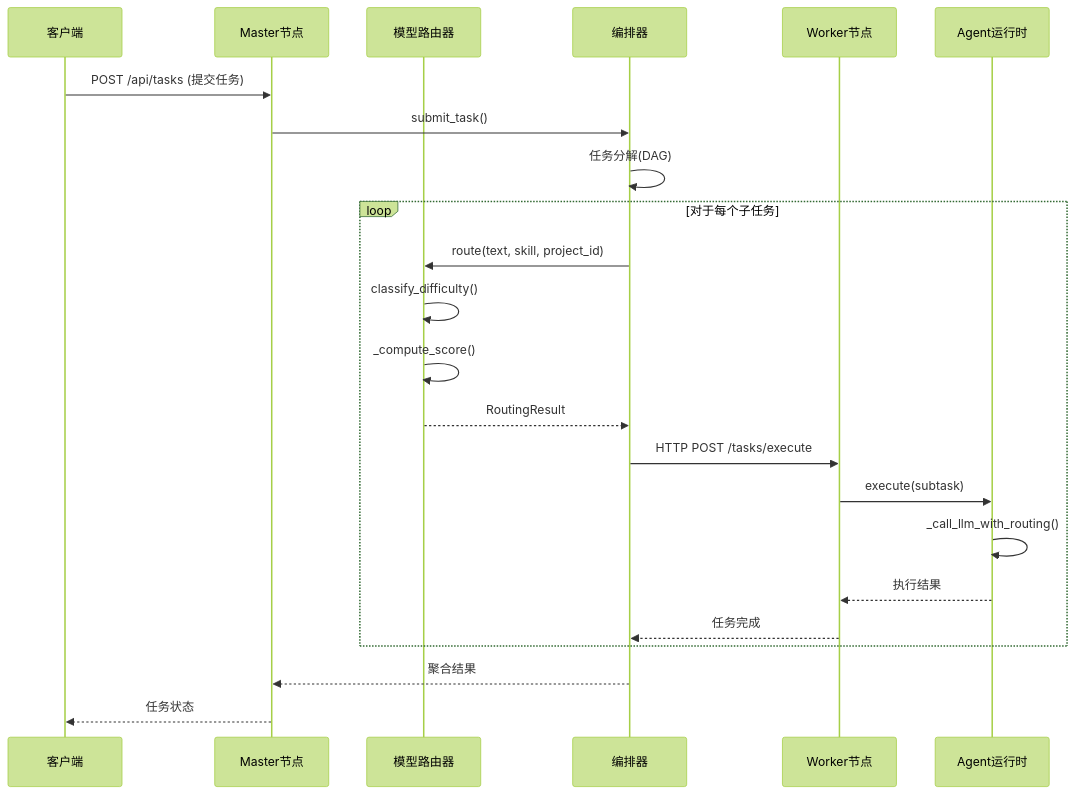
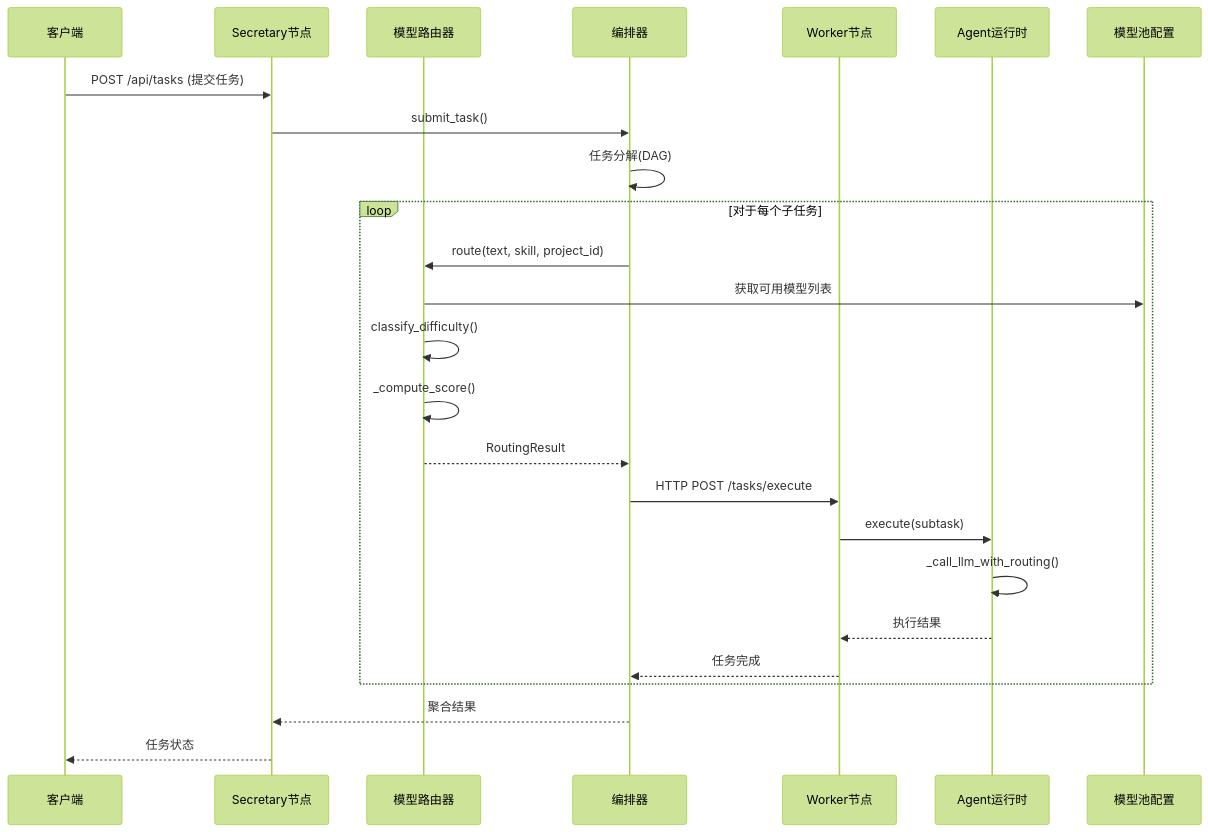
The second of 5 diagrams in .qoder/repowiki/zh/content/核心模块/模型路由系统.md (targalian/Personal-distributed-workstation), drawn with Mermaid (forest theme) before and after one commit. The commit also changed other lines of this file and 64 other files, not shown here.

````diff
--- a/.qoder/repowiki/zh/content/核心模块/模型路由系统.md
+++ b/.qoder/repowiki/zh/content/核心模块/模型路由系统.md
@@ -156,25 +142,27 @@
 ```mermaid
 sequenceDiagram
 participant Client as 客户端
-participant Master as Master节点
+participant Secretary as Secretary节点
 participant Router as 模型路由器
 participant Orchestrator as 编排器
 participant Worker as Worker节点
 participant Agent as Agent运行时
-Client->>Master : POST /api/tasks (提交任务)
-Master->>Orchestrator : submit_task()
+participant ModelPool as 模型池配置
+Client->>Secretary : POST /api/tasks (提交任务)
+Secretary->>Orchestrator : submit_task()
 Orchestrator->>Orchestrator : 任务分解(DAG)
 loop 对于每个子任务
 Orchestrator->>Router : route(text, skill, project_id)
+Router->>ModelPool : 获取可用模型列表
 Router->>Router : classify_difficulty()
 Router->>Router : _compute_score()
 Router-->>Orchestrator : RoutingResult
 Orchestrator->>Worker : HTTP POST /tasks/execute
 Worker->>Agent : execute(subtask)
 Agent->>Agent : _call_llm_with_routing()
 Agent-->>Worker : 执行结果
 Worker-->>Orchestrator : 任务完成
 end
-Orchestrator-->>Master : 聚合结果
-Master-->>Client : 任务状态
+Orchestrator-->>Secretary : 聚合结果
+Secretary-->>Client : 任务状态
 ```
````
